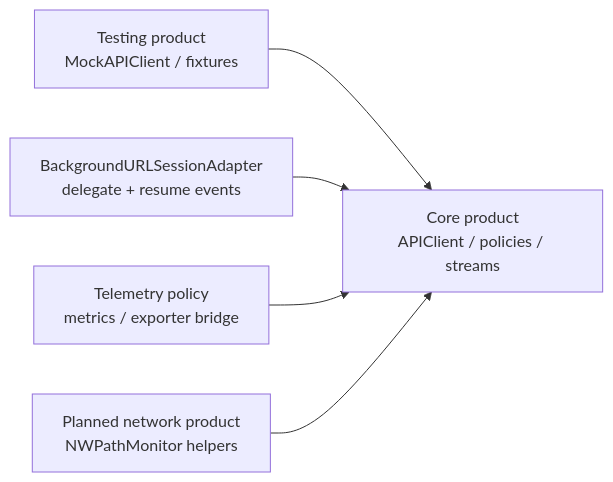
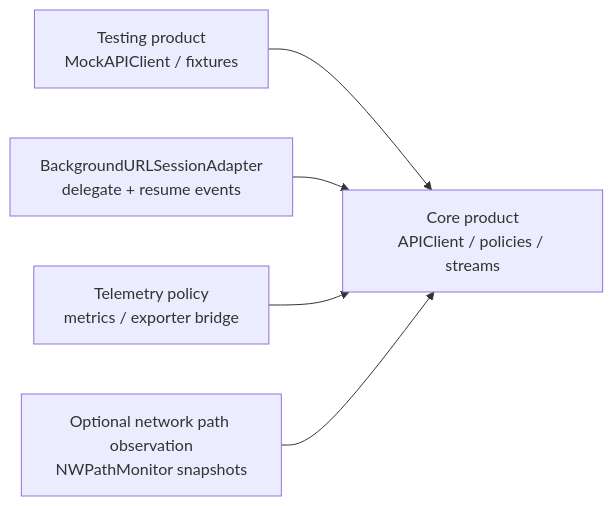
One commit to MikesHorcrux/AnotherFuckingNetworkingSDK changed the second of 3 diagrams in docs/architecture.md. Above: the diagram before and after it, drawn with Mermaid. The commit also changed other lines of this file and 6 other files, not shown here.

Commit message:
Add optional network path observation

````diff
--- a/docs/architecture.md
+++ b/docs/architecture.md
@@ -27,12 +27,12 @@
 ```mermaid
 flowchart LR
     Core["Core product\nAPIClient / policies / streams"]
     Test["Testing product\nMockAPIClient / fixtures"]
     Background["BackgroundURLSessionAdapter\ndelegate + resume events"]
     Telemetry["Telemetry policy\nmetrics / exporter bridge"]
-    Network["Planned network product\nNWPathMonitor helpers"]
+    Network["Optional network path observation\nNWPathMonitor snapshots"]
     Test --> Core
     Background --> Core
     Telemetry --> Core
     Network --> Core
 ```
````
